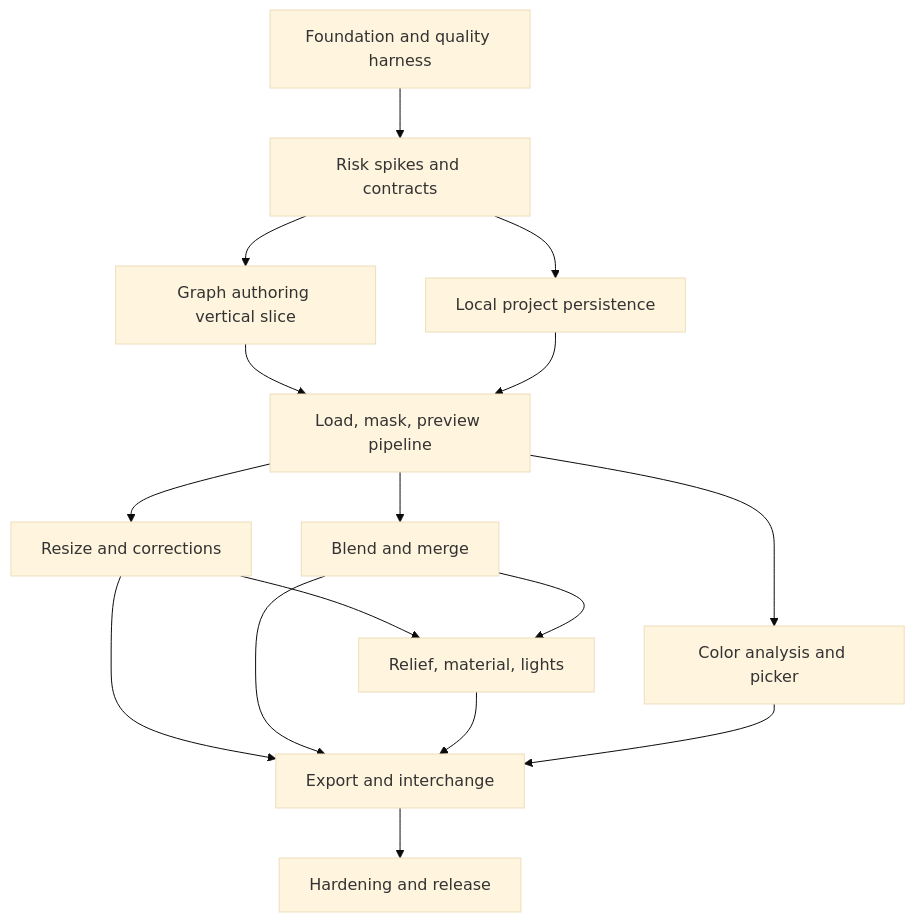
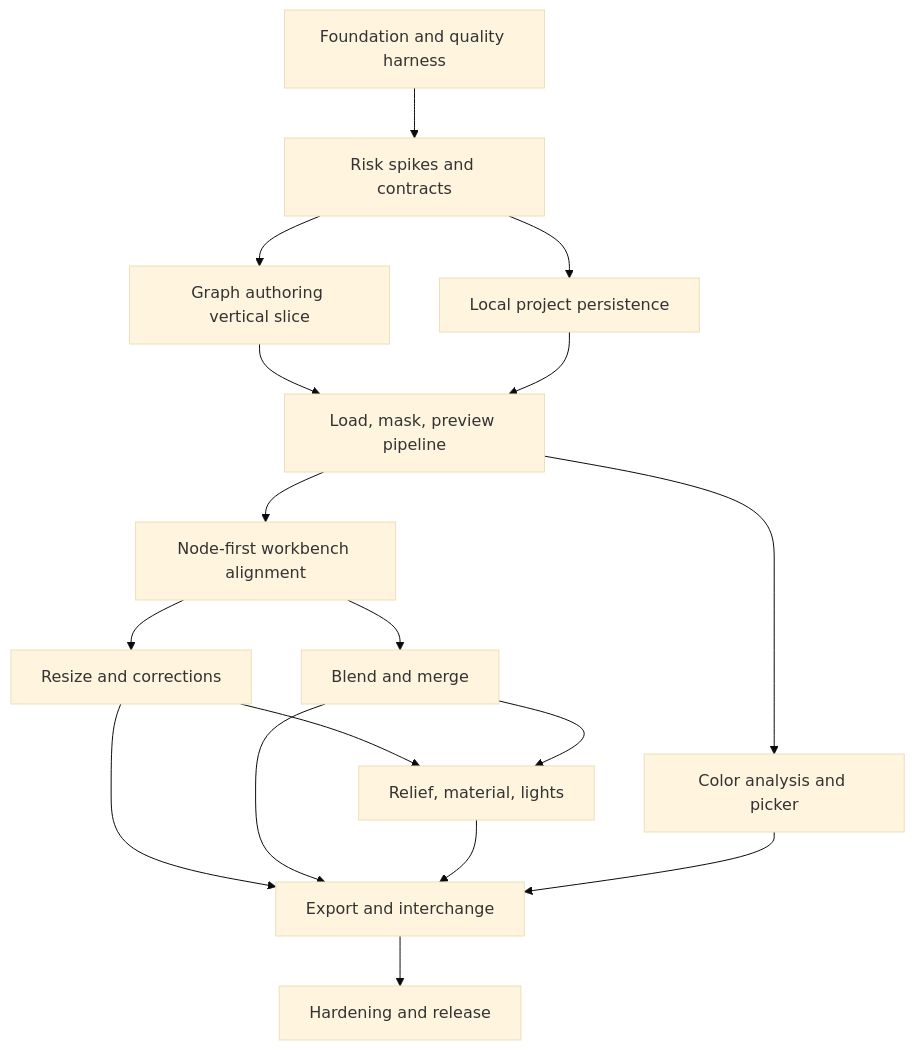
The diagram in documentation/08-implementation-plan.md (prabinpebam/2d-texture-map-composition), drawn with Mermaid (base theme) before and after one commit. The commit also changed other lines of this file and 9 other files, not shown here.

Commit message:
Rebaseline UX around node-first workflows

````diff
--- a/documentation/08-implementation-plan.md
+++ b/documentation/08-implementation-plan.md
@@ -62,18 +66,19 @@
 ```mermaid
 flowchart TD
     M0[Foundation and quality harness] --> M1[Risk spikes and contracts]
     M1 --> M2[Graph authoring vertical slice]
     M1 --> M3[Local project persistence]
     M2 --> M4[Load, mask, preview pipeline]
     M3 --> M4
-    M4 --> M5[Resize and corrections]
-    M4 --> M6[Blend and merge]
+    M4 --> R1[Node-first workbench alignment]
+    R1 --> M5[Resize and corrections]
+    R1 --> M6[Blend and merge]
     M5 --> M7[Relief, material, lights]
     M6 --> M7
     M4 --> M8[Color analysis and picker]
     M5 --> M9[Export and interchange]
     M6 --> M9
     M7 --> M9
     M8 --> M9
     M9 --> M10[Hardening and release]
 ```
````
